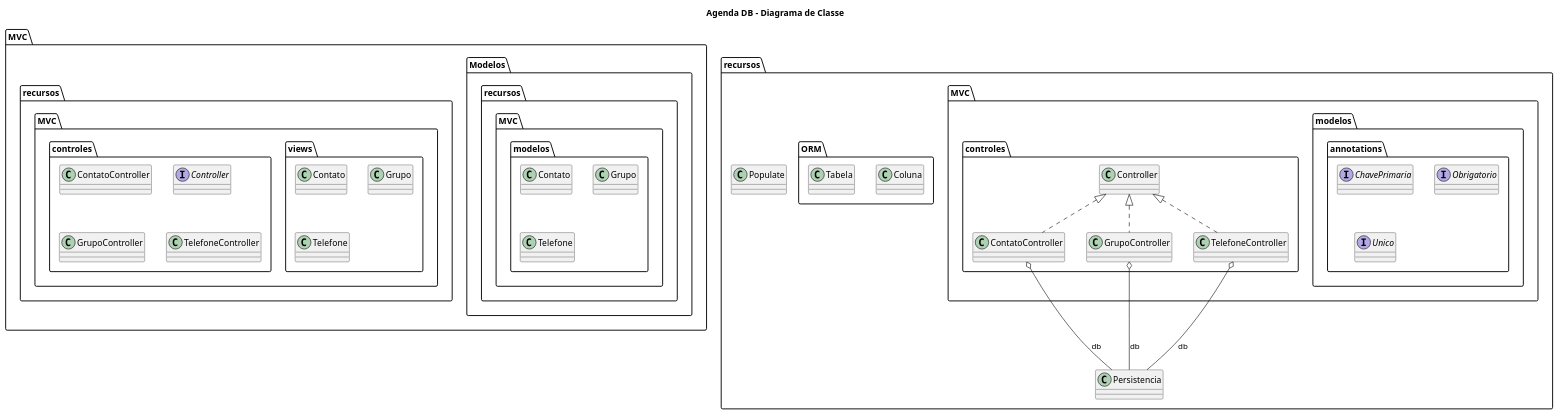
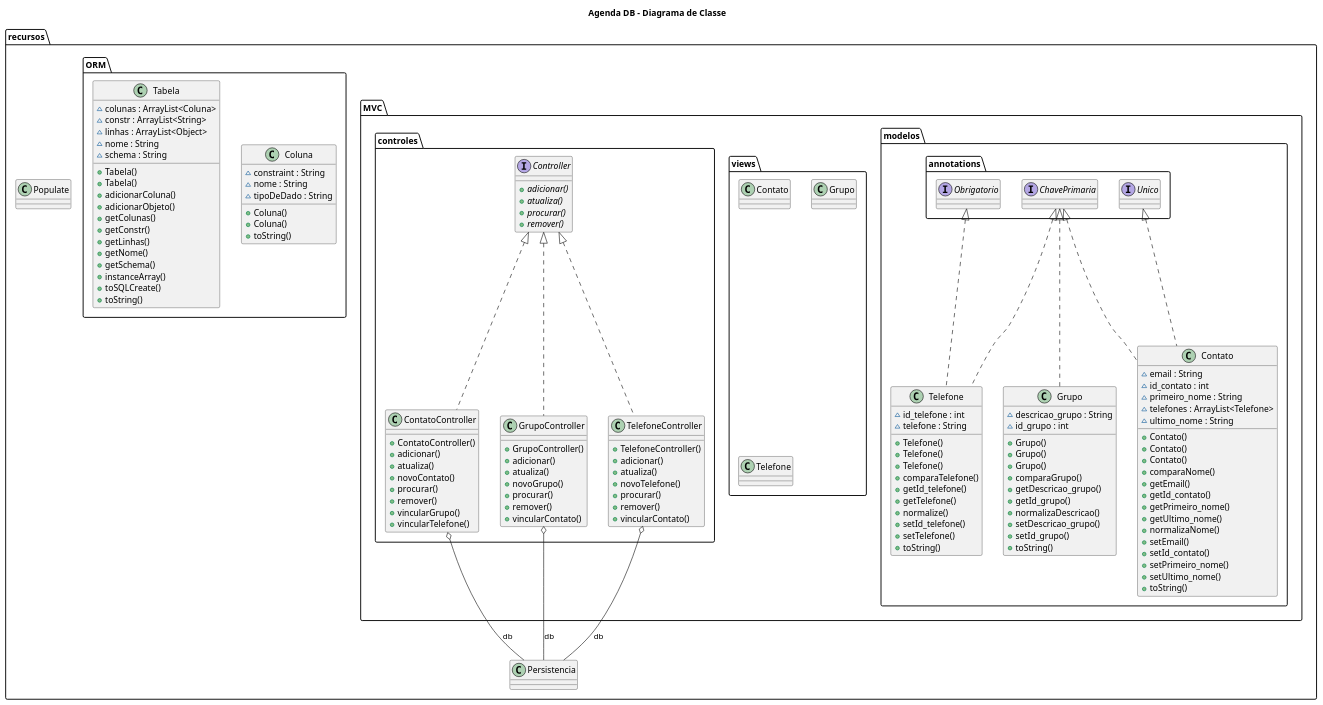
Before and after one commit to MatheusMuriel/nn-ORM: the diagram in src/diagramas/ClassDiagram.puml, drawn with PlantUML. The commit also changed 1 other file, not shown here.

Commit message:
Update no diagrama de classe

```diff
--- a/src/diagramas/ClassDiagram.puml
+++ b/src/diagramas/ClassDiagram.puml
@@ -1,69 +1,166 @@
 @startuml
 
 title Agenda DB - Diagrama de Classe
 
-namespace MVC {
+'------------ MVC ------------
 
-'------------ Modelos ------------
-namespace Modelos {
+    '------------ Modelos ------------
+        class recursos.MVC.modelos.Contato {
+            ~ email : String
+            ~ id_contato : int
+            ~ primeiro_nome : String
+            ~ telefones : ArrayList<Telefone>
+            ~ ultimo_nome : String
+            + Contato()
+            + Contato()
+            + Contato()
+            + comparaNome()
+            + getEmail()
+            + getId_contato()
+            + getPrimeiro_nome()
+            + getUltimo_nome()
+            + normalizaNome()
+            + setEmail()
+            + setId_contato()
+            + setPrimeiro_nome()
+            + setUltimo_nome()
+            + toString()
+        }
+        class recursos.MVC.modelos.Grupo {
+            ~ descricao_grupo : String
+            ~ id_grupo : int
+            + Grupo()
+            + Grupo()
+            + Grupo()
+            + comparaGrupo()
+            + getDescricao_grupo()
+            + getId_grupo()
+            + normalizaDescricao()
+            + setDescricao_grupo()
+            + setId_grupo()
+            + toString()
+        }
+        class recursos.MVC.modelos.Telefone {
+            ~ id_telefone : int
+            ~ telefone : String
+            + Telefone()
+            + Telefone()
+            + Telefone()
+            + comparaTelefone()
+            + getId_telefone()
+            + getTelefone()
+            + normalize()
+            + setId_telefone()
+            + setTelefone()
+            + toString()
+        }
 
-    class recursos.MVC.modelos.Contato {
-    }
-    class recursos.MVC.modelos.Grupo {
-    }
-    class recursos.MVC.modelos.Telefone {
-    }
+        '------------ Annotations ------------
+        interface recursos.MVC.modelos.annotations.ChavePrimaria {
+        }
+        interface recursos.MVC.modelos.annotations.Obrigatorio {
+        }
+        interface recursos.MVC.modelos.annotations.Unico {
+        }
 
-}
+    '------------ Views ------------
 
-'------------ Views ------------
-class recursos.MVC.views.Contato {
-}
-class recursos.MVC.views.Grupo {
-}
-class recursos.MVC.views.Telefone {
-}
-
-'------------ Controles ------------
-class recursos.MVC.controles.ContatoController {
-}
-interface recursos.MVC.controles.Controller {
-}
-class recursos.MVC.controles.GrupoController {
-}
-class recursos.MVC.controles.TelefoneController {
-}
-
-}
+        class recursos.MVC.views.Contato {
+        }
+        class recursos.MVC.views.Grupo {
+        }
+        class recursos.MVC.views.Telefone {
+        }
 
 
+    '------------ Controles ------------
+        class recursos.MVC.controles.ContatoController {
+            + ContatoController()
+            + adicionar()
+            + atualiza()
+            + novoContato()
+            + procurar()
+            + remover()
+            + vincularGrupo()
+            + vincularTelefone()
+        }
+        class recursos.MVC.controles.GrupoController {
+            + GrupoController()
+            + adicionar()
+            + atualiza()
+            + novoGrupo()
+            + procurar()
+            + remover()
+            + vincularContato()
+        }
+        class recursos.MVC.controles.TelefoneController {
+            + TelefoneController()
+            + adicionar()
+            + atualiza()
+            + novoTelefone()
+            + procurar()
+            + remover()
+            + vincularContato()
+        }
 
-'------------ Annotations ------------
-interface recursos.MVC.modelos.annotations.ChavePrimaria {
-}
-interface recursos.MVC.modelos.annotations.Obrigatorio {
-}
-interface recursos.MVC.modelos.annotations.Unico {
-}
-
+        '------------ Interface ------------
+        interface recursos.MVC.controles.Controller {
+            {abstract} + adicionar()
+            {abstract} + atualiza()
+            {abstract} + procurar()
+            {abstract} + remover()
+        }
 
 '------------ ORM ------------
-class recursos.ORM.Coluna {
-}
-class recursos.ORM.Tabela {
-}
-class recursos.Persistencia {
-}
-class recursos.Populate {
-}
+    class recursos.Persistencia {
+    }
+    class recursos.Populate {
+    }
+    class recursos.ORM.Coluna {
+        ~ constraint : String
+        ~ nome : String
+        ~ tipoDeDado : String
+        + Coluna()
+        + Coluna()
+        + toString()
+    }
+    class recursos.ORM.Tabela {
+        ~ colunas : ArrayList<Coluna>
+        ~ constr : ArrayList<String>
+        ~ linhas : ArrayList<Object>
+        ~ nome : String
+        ~ schema : String
+        + Tabela()
+        + Tabela()
+        + adicionarColuna()
+        + adicionarObjeto()
+        + getColunas()
+        + getConstr()
+        + getLinhas()
+        + getNome()
+        + getSchema()
+        + instanceArray()
+        + toSQLCreate()
+        + toString()
+    }
 
 
 
 recursos.MVC.controles.ContatoController .up.|> recursos.MVC.controles.Controller
 recursos.MVC.controles.ContatoController o-- recursos.Persistencia : db
 recursos.MVC.controles.GrupoController .up.|> recursos.MVC.controles.Controller
 recursos.MVC.controles.GrupoController o-- recursos.Persistencia : db
 recursos.MVC.controles.TelefoneController .up.|> recursos.MVC.controles.Controller
 recursos.MVC.controles.TelefoneController o-- recursos.Persistencia : db
 
+recursos.MVC.modelos.Contato .up.|> recursos.MVC.modelos.annotations.ChavePrimaria
+recursos.MVC.modelos.Contato .up.|> recursos.MVC.modelos.annotations.Unico
+
+recursos.MVC.modelos.Grupo .up.|> recursos.MVC.modelos.annotations.ChavePrimaria
+
+recursos.MVC.modelos.Telefone .up.|> recursos.MVC.modelos.annotations.ChavePrimaria
+recursos.MVC.modelos.Telefone .up.|> recursos.MVC.modelos.annotations.Obrigatorio
+
+recursos.Persistencia +-down- recursos.Persistencia.Utils
+
 @enduml
```
